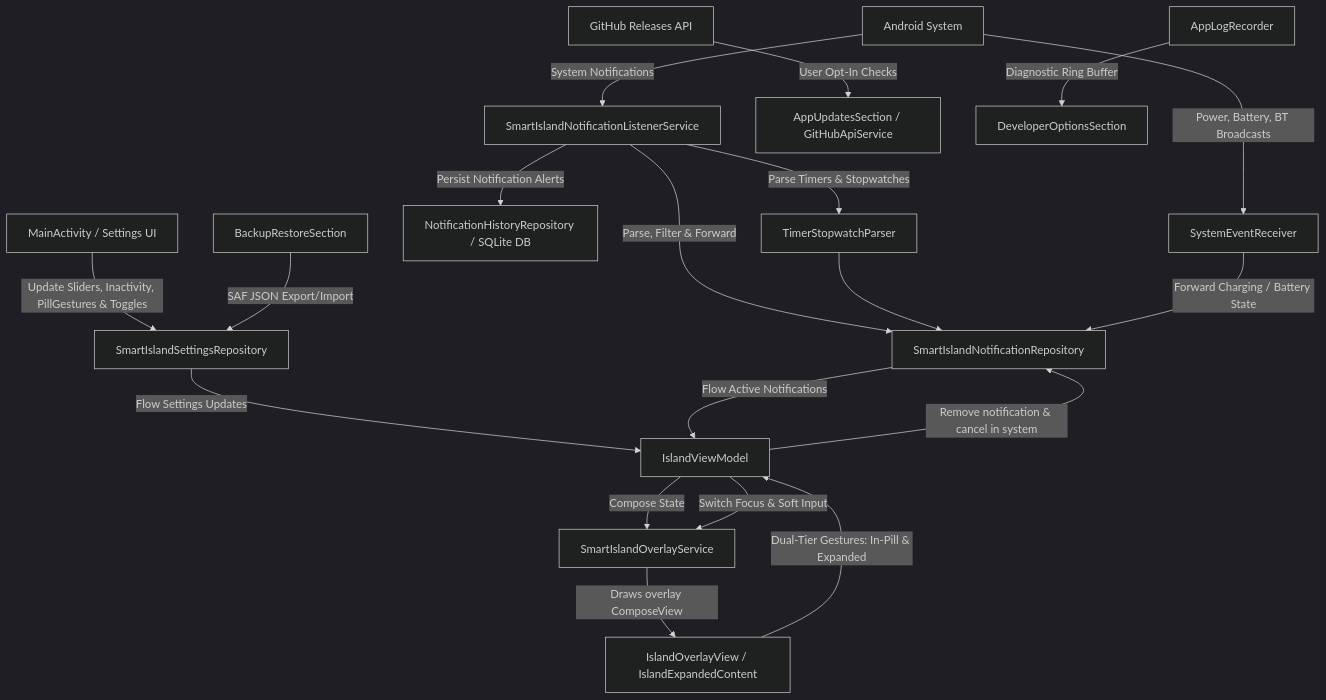
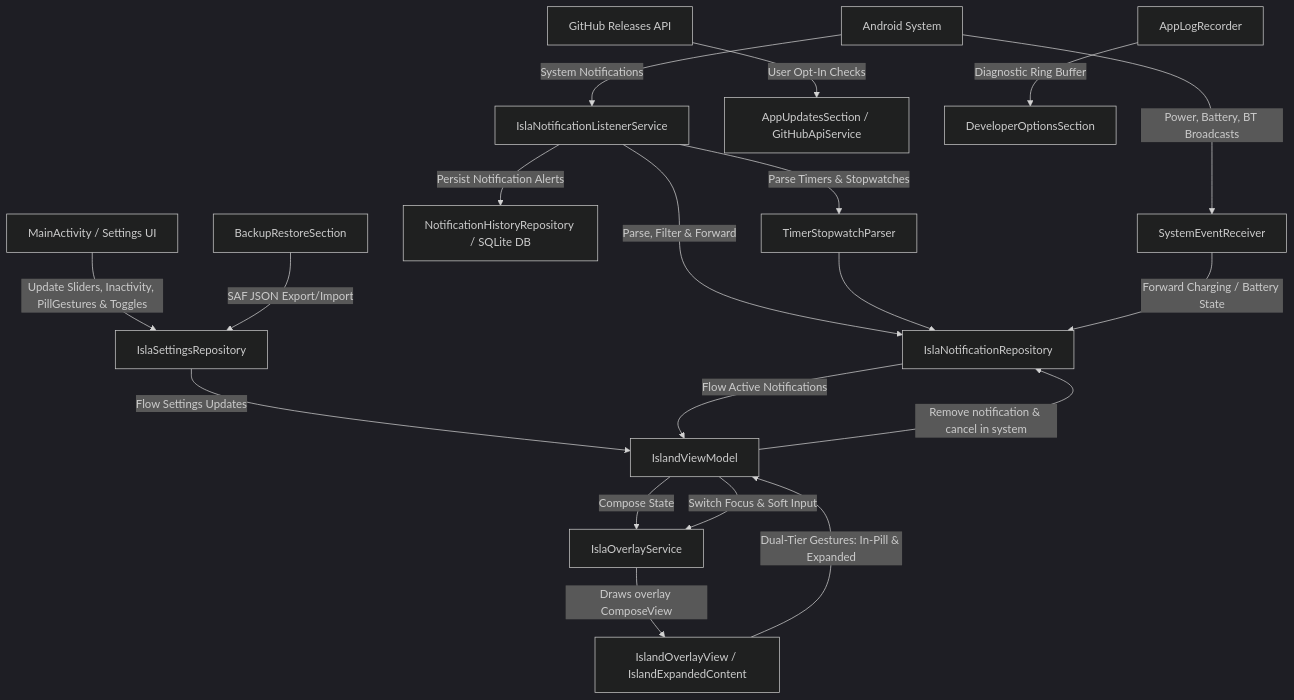
One commit to urfavxbf/isla changed the diagram in isla-lab/codebase_analysis_report.md. Above: the diagram before and after it, drawn with Mermaid (dark theme). The commit also changed other lines of this file and 1050 other files, not shown here.

````diff
--- a/isla-lab/codebase_analysis_report.md
+++ b/isla-lab/codebase_analysis_report.md
@@ -13,32 +13,32 @@
 ```mermaid
 graph TD
     %% Events
-    AS[Android System] -->|System Notifications| NIL[SmartIslandNotificationListenerService]
+    AS[Android System] -->|System Notifications| NIL[IslaNotificationListenerService]
     AS -->|Power, Battery, BT Broadcasts| SER[SystemEventReceiver]
 
     %% Repositories and Data State
-    NIL -->|Parse, Filter & Forward| NR[SmartIslandNotificationRepository]
+    NIL -->|Parse, Filter & Forward| NR[IslaNotificationRepository]
     NIL -->|Parse Timers & Stopwatches| TSP[TimerStopwatchParser]
     NIL -->|Persist Notification Alerts| NHR[NotificationHistoryRepository / SQLite DB]
     TSP --> NR
     SER -->|Forward Charging / Battery State| NR
     
     %% Settings
-    MA[MainActivity / Settings UI] -->|Update Sliders, Inactivity, PillGestures & Toggles| SR[SmartIslandSettingsRepository]
+    MA[MainActivity / Settings UI] -->|Update Sliders, Inactivity, PillGestures & Toggles| SR[IslaSettingsRepository]
     GH[GitHub Releases API] -->|User Opt-In Checks| AU[AppUpdatesSection / GitHubApiService]
     
     %% UI State & Rendering
     SR -->|Flow Settings Updates| VM[IslandViewModel]
     NR -->|Flow Active Notifications| VM
-    VM -->|Compose State| OS[SmartIslandOverlayService]
+    VM -->|Compose State| OS[IslaOverlayService]
     
     %% Overlay UI
     OS -->|Draws overlay ComposeView| OV[IslandOverlayView / IslandExpandedContent]
     OV -->|Dual-Tier Gestures: In-Pill & Expanded| VM
     VM -->|Switch Focus & Soft Input| OS
     VM -->|Remove notification & cancel in system| NR
     
     %% Diagnostics & Backup
     AL[AppLogRecorder] -->|Diagnostic Ring Buffer| DO[DeveloperOptionsSection]
     BR[BackupRestoreSection] -->|SAF JSON Export/Import| SR
 ```
````
